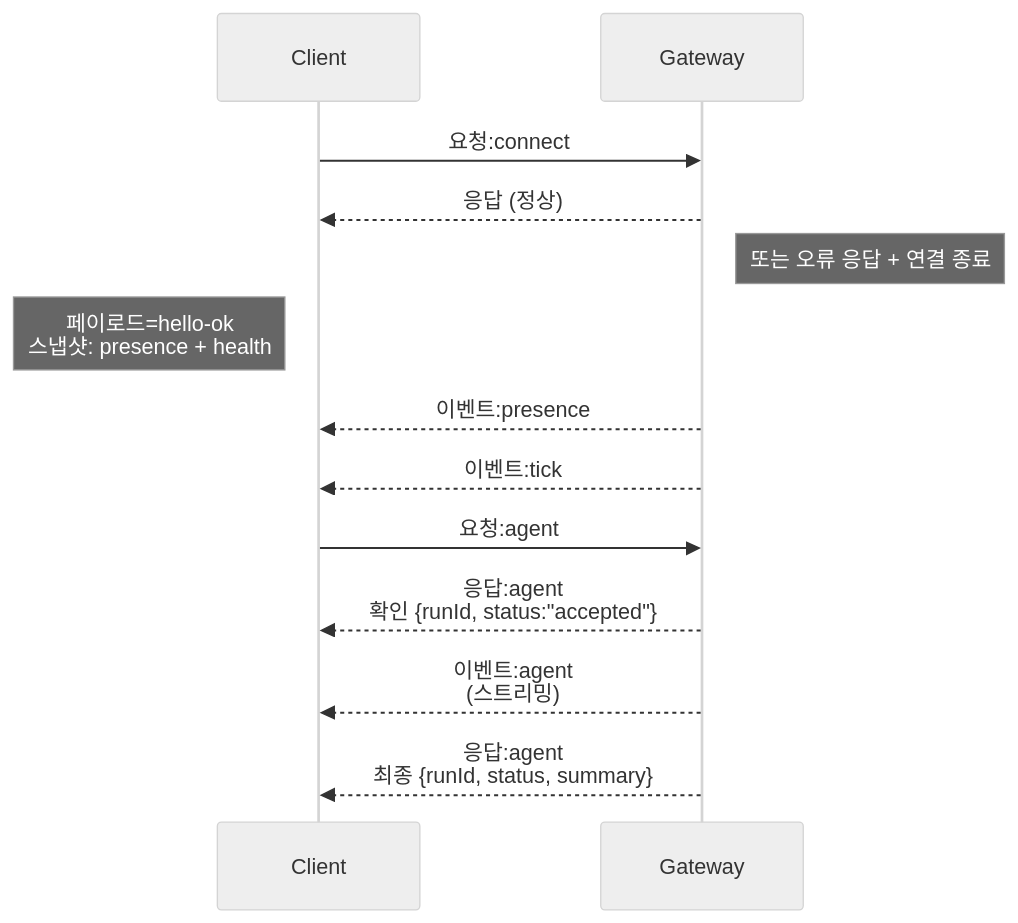
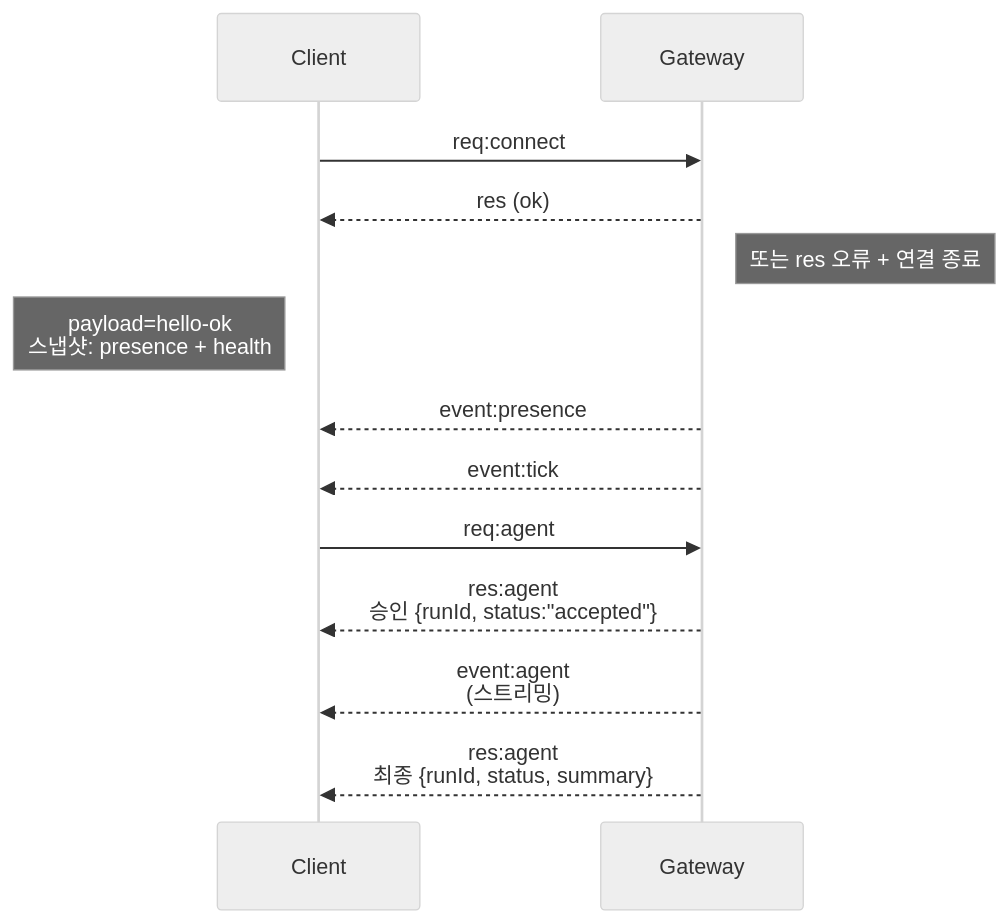
Before and after one commit to openclaw/docs: the diagram in docs/ko/concepts/architecture.md, drawn with Mermaid (neutral theme). The commit also changed other lines of this file and 11240 other files, not shown here.

````diff
--- a/docs/ko/concepts/architecture.md
+++ b/docs/ko/concepts/architecture.md
@@ -59,18 +58,18 @@
 ```mermaid
 sequenceDiagram
     participant Client
     participant Gateway
 
-    Client->>Gateway: 요청:connect
-    Gateway-->>Client: 응답 (정상)
-    Note right of Gateway: 또는 오류 응답 + 연결 종료
-    Note left of Client: 페이로드=hello-ok<br>스냅샷: presence + health
+    Client->>Gateway: req:connect
+    Gateway-->>Client: res (ok)
+    Note right of Gateway: 또는 res 오류 + 연결 종료
+    Note left of Client: payload=hello-ok<br>스냅샷: presence + health
 
-    Gateway-->>Client: 이벤트:presence
-    Gateway-->>Client: 이벤트:tick
+    Gateway-->>Client: event:presence
+    Gateway-->>Client: event:tick
 
-    Client->>Gateway: 요청:agent
-    Gateway-->>Client: 응답:agent<br>확인 {runId, status:"accepted"}
-    Gateway-->>Client: 이벤트:agent<br>(스트리밍)
-    Gateway-->>Client: 응답:agent<br>최종 {runId, status, summary}
+    Client->>Gateway: req:agent
+    Gateway-->>Client: res:agent<br>승인 {runId, status:"accepted"}
+    Gateway-->>Client: event:agent<br>(스트리밍)
+    Gateway-->>Client: res:agent<br>최종 {runId, status, summary}
 ```
````
